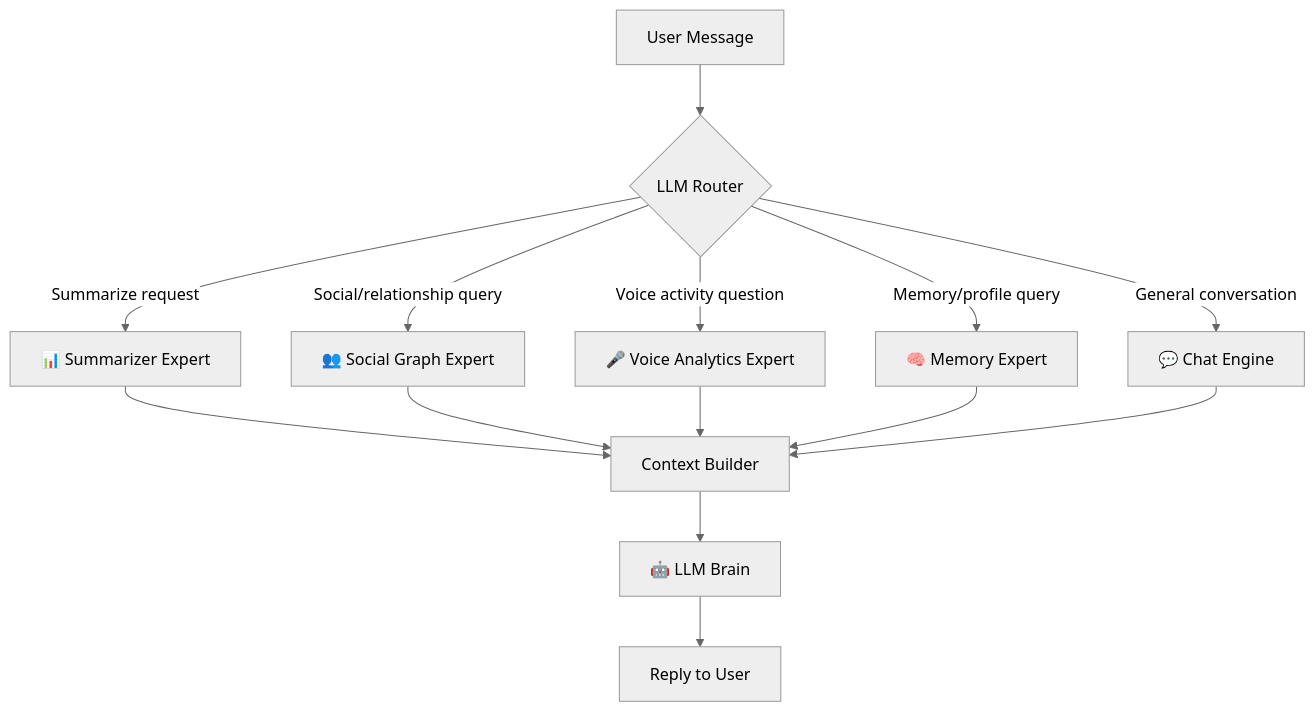
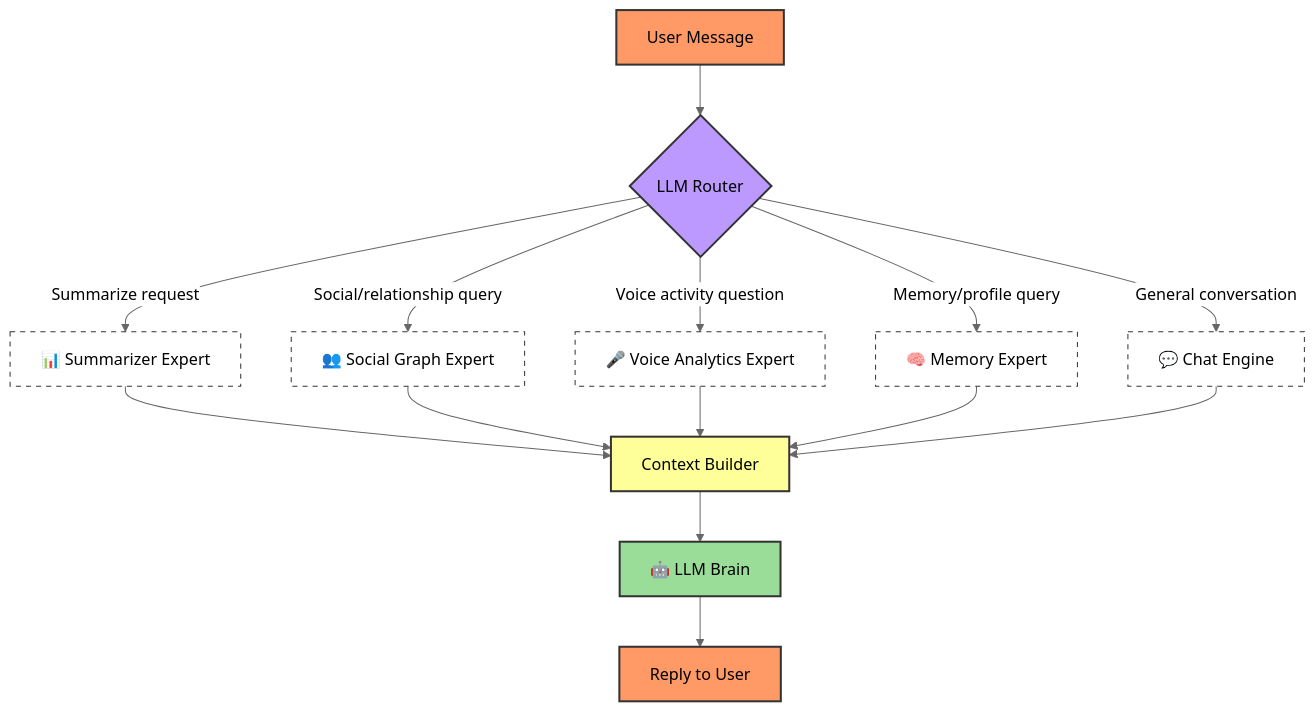
One commit to BokX1/Sage changed the fourth of 6 diagrams in docs/AGENTIC_ARCHITECTURE.md. Above: the diagram before and after it, drawn with Mermaid (neutral theme). The commit also changed other lines of this file and 10 other files, not shown here.

````diff
--- a/docs/AGENTIC_ARCHITECTURE.md
+++ b/docs/AGENTIC_ARCHITECTURE.md
@@ -195,19 +199,26 @@
 ```mermaid
 flowchart TD
-    M[User Message] --> R{LLM Router}
+    %% Styling
+    classDef user fill:#f96,stroke:#333,stroke-width:2px,color:black
+    classDef router fill:#b9f,stroke:#333,stroke-width:2px,color:black
+    classDef expert fill:#fff,stroke:#333,stroke-width:1px,stroke-dasharray: 5 5,color:black
+    classDef context fill:#ff9,stroke:#333,stroke-width:2px,color:black
+    classDef llm fill:#9d9,stroke:#333,stroke-width:2px,color:black
+
+    M[User Message]:::user --> R{LLM Router}:::router
     
-    R -->|Summarize request| S[📊 Summarizer Expert]
-    R -->|Social/relationship query| G[👥 Social Graph Expert]  
-    R -->|Voice activity question| V[🎤 Voice Analytics Expert]
-    R -->|Memory/profile query| P[🧠 Memory Expert]
-    R -->|General conversation| C[💬 Chat Engine]
+    R -->|Summarize request| S[📊 Summarizer Expert]:::expert
+    R -->|Social/relationship query| G[👥 Social Graph Expert]:::expert
+    R -->|Voice activity question| V[🎤 Voice Analytics Expert]:::expert
+    R -->|Memory/profile query| P[🧠 Memory Expert]:::expert
+    R -->|General conversation| C[💬 Chat Engine]:::expert
     
-    S --> CTX[Context Builder]
+    S --> CTX[Context Builder]:::context
     G --> CTX
     V --> CTX
     P --> CTX
     C --> CTX
     
-    CTX --> LLM[🤖 LLM Brain]
-    LLM --> Response[Reply to User]
+    CTX --> LLM[🤖 LLM Brain]:::llm
+    LLM --> Response[Reply to User]:::user
 ```
````
